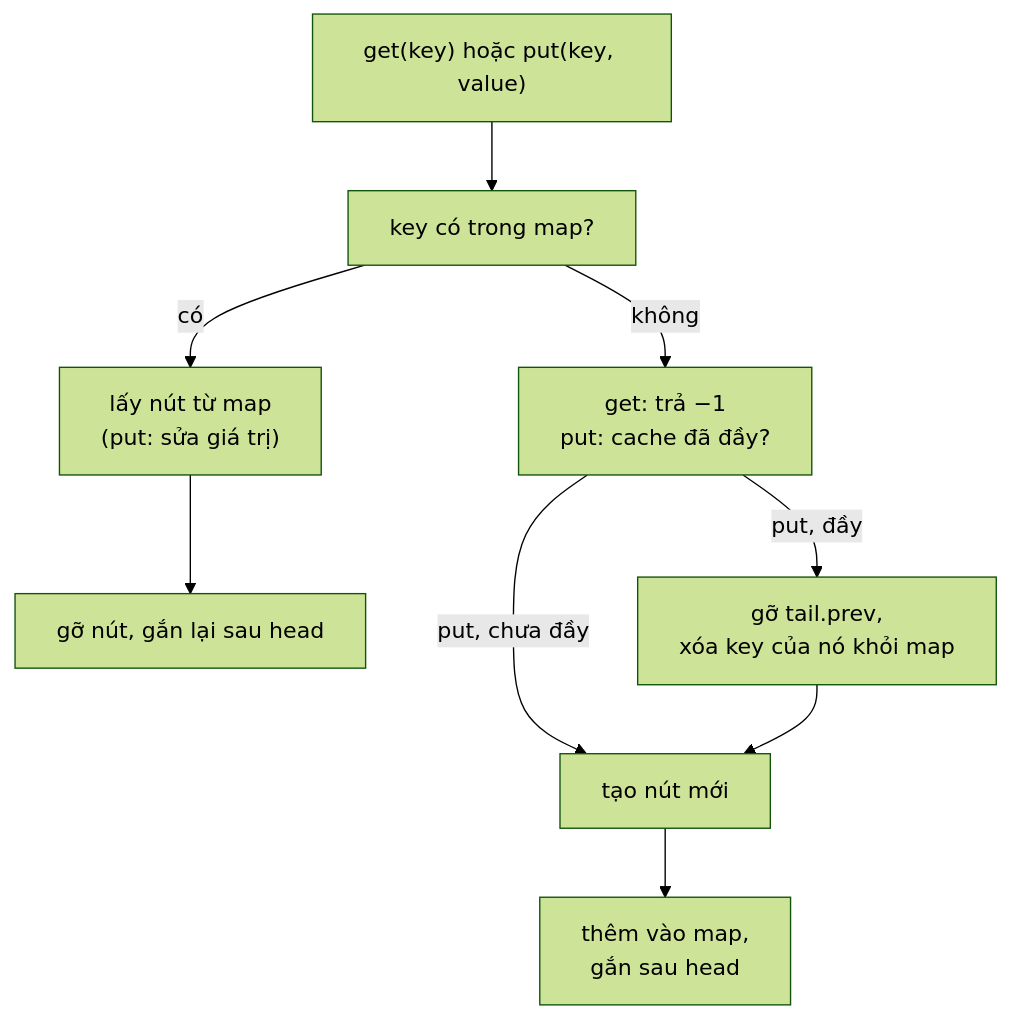
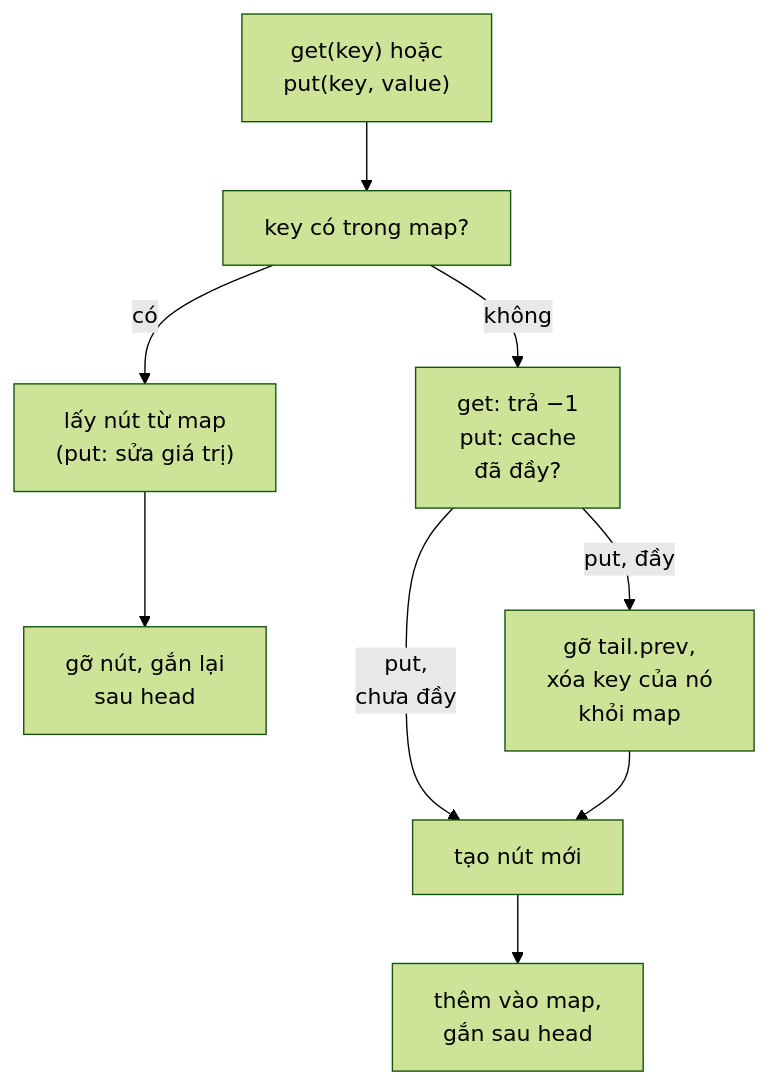
One commit to duongbui234/software-engineering-atlas changed the diagram in content/problems/lru-cache.md. Above: the diagram before and after it, drawn with Mermaid (forest theme). The commit also changed 134 other files, not shown here.

First line of the commit message:
Fit every Mermaid diagram at 390px without sideways scroll (#56)

````diff
--- a/content/problems/lru-cache.md
+++ b/content/problems/lru-cache.md
@@ -50,11 +50,11 @@
 ```mermaid
 flowchart TB
-  A["get(key) hoặc put(key, value)"] --> B["key có trong map?"]
+  A["get(key) hoặc<br/>put(key, value)"] --> B["key có trong map?"]
   B -->|"có"| C["lấy nút từ map<br/>(put: sửa giá trị)"]
-  C --> E["gỡ nút, gắn lại sau head"]
-  B -->|"không"| F["get: trả −1<br/>put: cache đã đầy?"]
-  F -->|"put, đầy"| H["gỡ tail.prev,<br/>xóa key của nó khỏi map"]
-  F -->|"put, chưa đầy"| I["tạo nút mới"]
+  C --> E["gỡ nút, gắn lại<br/>sau head"]
+  B -->|"không"| F["get: trả −1<br/>put: cache<br/>đã đầy?"]
+  F -->|"put, đầy"| H["gỡ tail.prev,<br/>xóa key của nó<br/>khỏi map"]
+  F -->|"put,<br/>chưa đầy"| I["tạo nút mới"]
   H --> I
   I --> J["thêm vào map,<br/>gắn sau head"]
 ```
````
